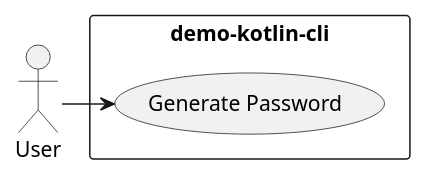
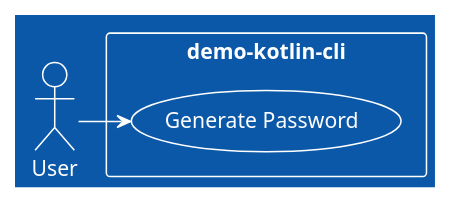
The diagram in diagrams/UseCase.puml (djvelimir/demo-kotlin-cli), drawn with PlantUML before and after one commit. The commit also changed 4 other files, not shown here.

```diff
--- a/diagrams/UseCase.puml
+++ b/diagrams/UseCase.puml
@@ -1,9 +1,10 @@
 @startuml UseCase
+!theme amiga
 actor "User" as user
 
 rectangle demo-kotlin-cli {
   usecase "Generate Password" as generatePassword
 }
 
 user -> generatePassword
 @enduml
```
